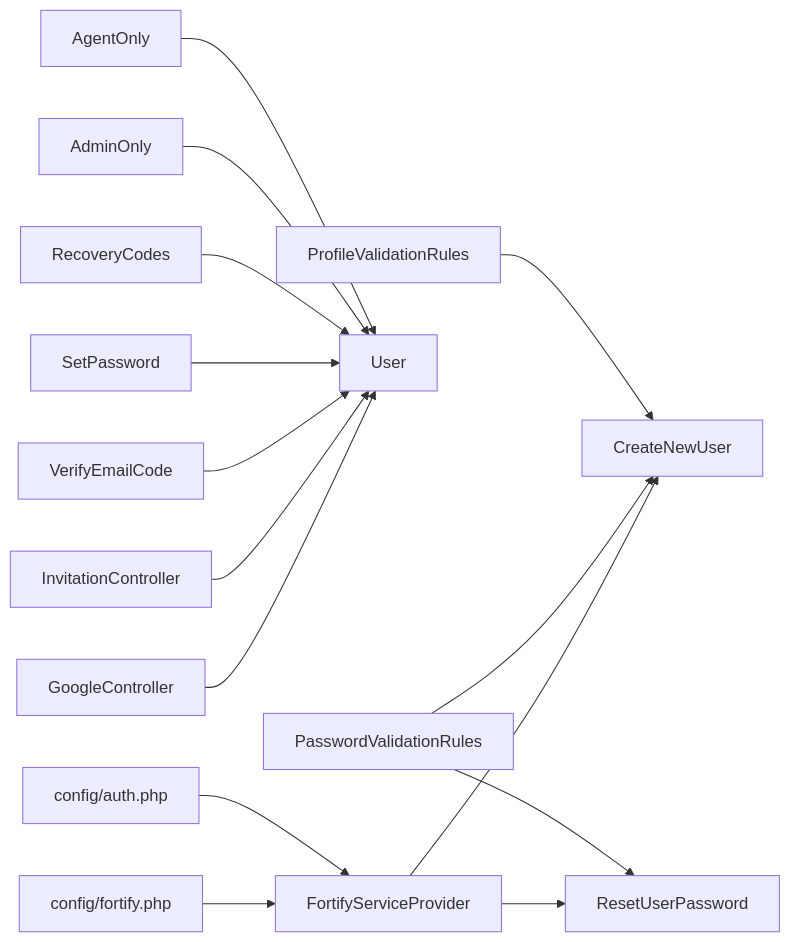
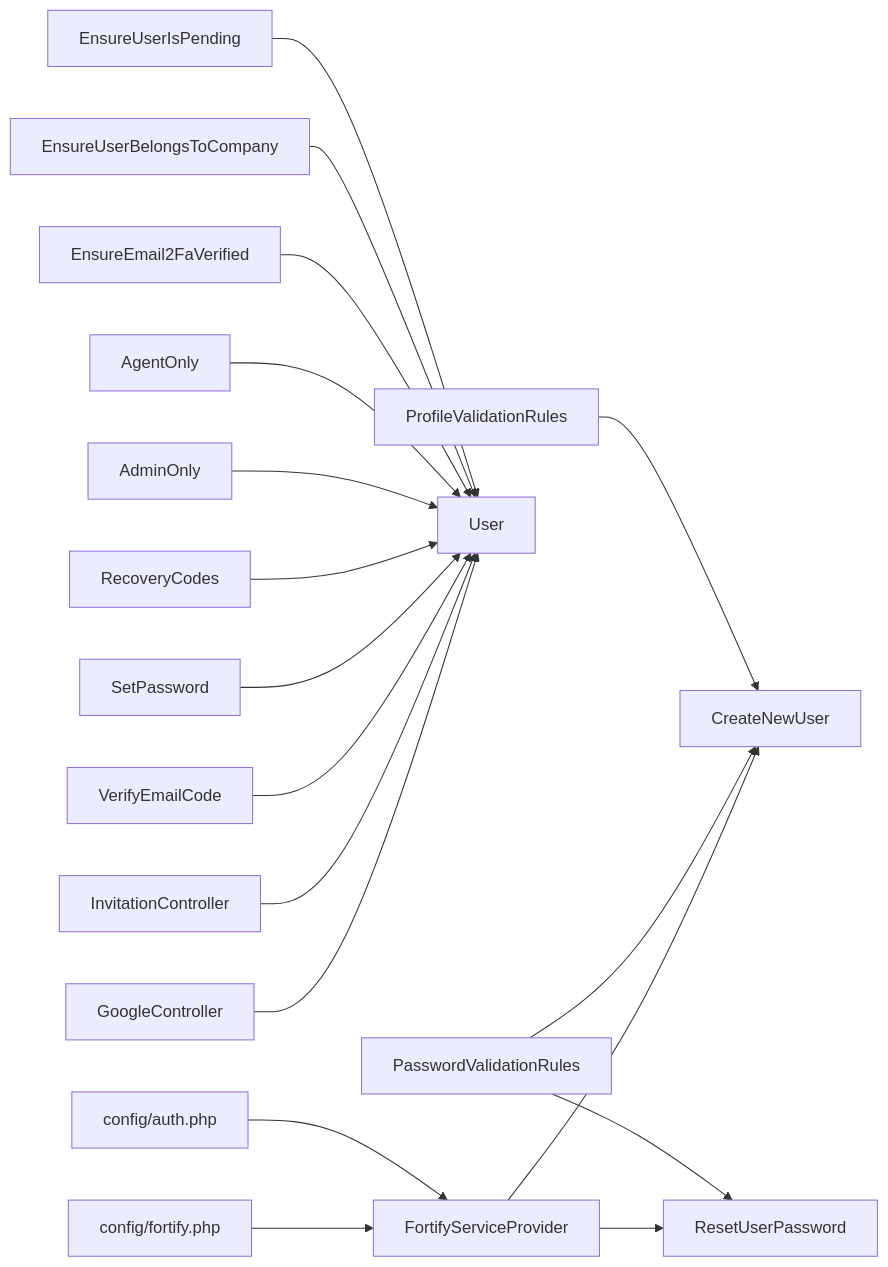
One commit to younesgamer68/helpdesk-system changed diagram 11 of 11 in .qoder/repowiki/en/content/Authentication & Authorization/Authentication & Authorization.md. Above: the diagram before and after it, drawn with Mermaid. The commit also changed other lines of this file and 12 other files, not shown here.

````diff
--- a/.qoder/repowiki/en/content/Authentication & Authorization/Authentication & Authorization.md
+++ b/.qoder/repowiki/en/content/Authentication & Authorization/Authentication & Authorization.md
@@ -468,17 +546,20 @@
 ```mermaid
 graph LR
 FCFG["config/fortify.php"] --> FSP["FortifyServiceProvider"]
 ACFG["config/auth.php"] --> FSP
 FSP --> CNU["CreateNewUser"]
 FSP --> RUP["ResetUserPassword"]
 GC["GoogleController"] --> UM["User"]
 IC["InvitationController"] --> UM
 VEC["VerifyEmailCode"] --> UM
 SP["SetPassword"] --> UM
 RC["RecoveryCodes"] --> UM
 ADM["AdminOnly"] --> UM
 AGN["AgentOnly"] --> UM
+E2FA["EnsureEmail2FaVerified"] --> UM
+UBC["EnsureUserBelongsToCompany"] --> UM
+PENDING["EnsureUserIsPending"] --> UM
 PWR["PasswordValidationRules"] --> CNU
 PWR --> RUP
 PRR["ProfileValidationRules"] --> CNU
 ```
````
